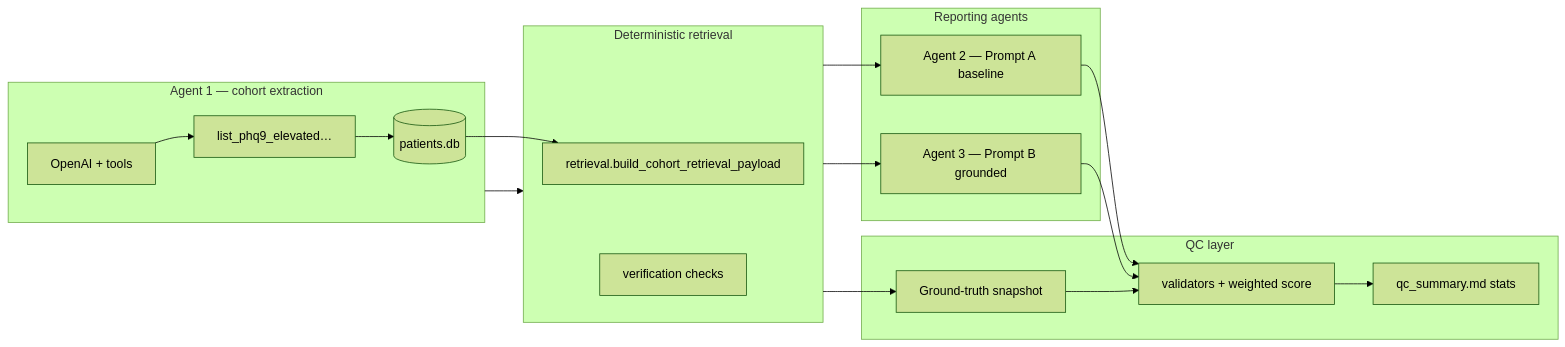
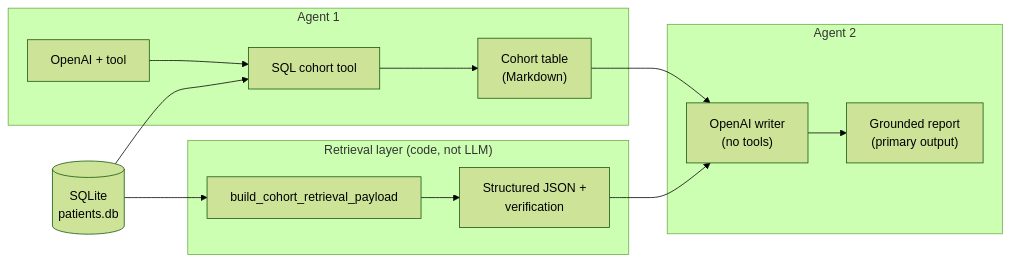
Before and after one commit to MatthewTirelli/DSAI-HW2: the diagram in HW2/README.md, drawn with Mermaid (forest theme). The commit also changed other lines of this file, not shown here.

First line of the commit message:
docs: simplify README — two-agent pipeline, retrieval/RAG, QC split from product loop

````diff
--- a/HW2/README.md
+++ b/HW2/README.md
@@ -261,34 +38,28 @@
 ```mermaid
 flowchart LR
-  subgraph a1["Agent 1 — cohort extraction"]
-    M1["OpenAI + tools"]
-    T["list_phq9_elevated…"]
-    M1 --> T --> DB[("patients.db")]
+  DB[("SQLite\npatients.db")]
+
+  subgraph A1["Agent 1"]
+    LM1["OpenAI + tool"]
+    TC["SQL cohort tool"]
+    LM1 --> TC
+    TC --> Cohort["Cohort table\n(Markdown)"]
   end
 
-  subgraph r["Deterministic retrieval"]
-    R["retrieval.build_cohort_retrieval_payload"]
-    V["verification checks"]
+  subgraph RAG["Retrieval layer (code, not LLM)"]
+    R["build_cohort_retrieval_payload"]
+    Pay["Structured JSON +\nverification"]
+    R --> Pay
   end
 
-  subgraph rep["Reporting agents"]
-    M2["Agent 2 — Prompt A baseline"]
-    M3["Agent 3 — Prompt B grounded"]
+  subgraph A2["Agent 2"]
+    LM2["OpenAI writer\n(no tools)"]
+    Out["Grounded report\n(primary output)"]
+    LM2 --> Out
   end
 
-  subgraph q["QC layer"]
-    GT["Ground-truth snapshot"]
-    Val["validators + weighted score"]
-    Stat["qc_summary.md stats"]
-  end
-
-  a1 --> r
-  r --> M2
-  r --> M3
-  M2 --> Val
-  M3 --> Val
+  DB --> TC
   DB --> R
-  r --> GT
-  GT --> Val
-  Val --> Stat
+  Cohort --> LM2
+  Pay --> LM2
 ```
````
